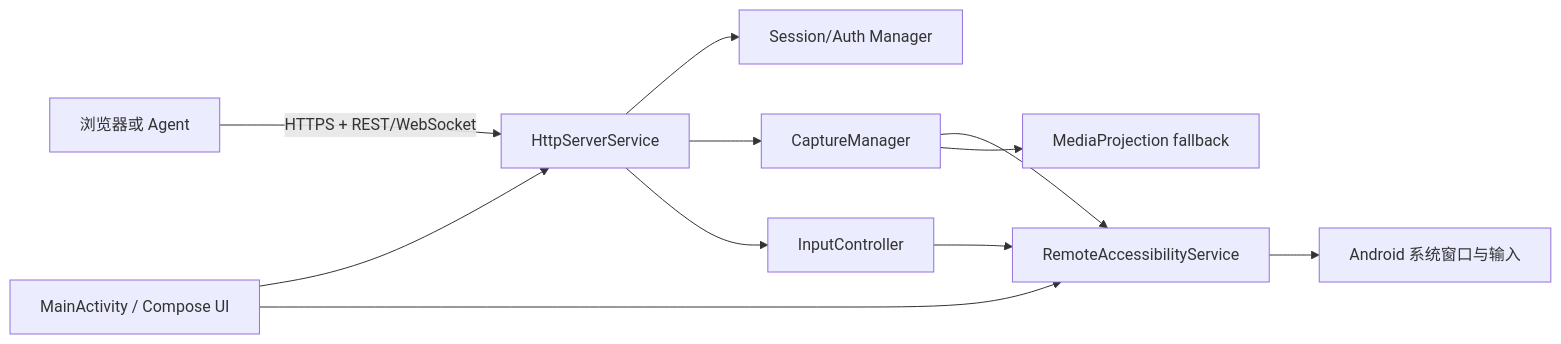
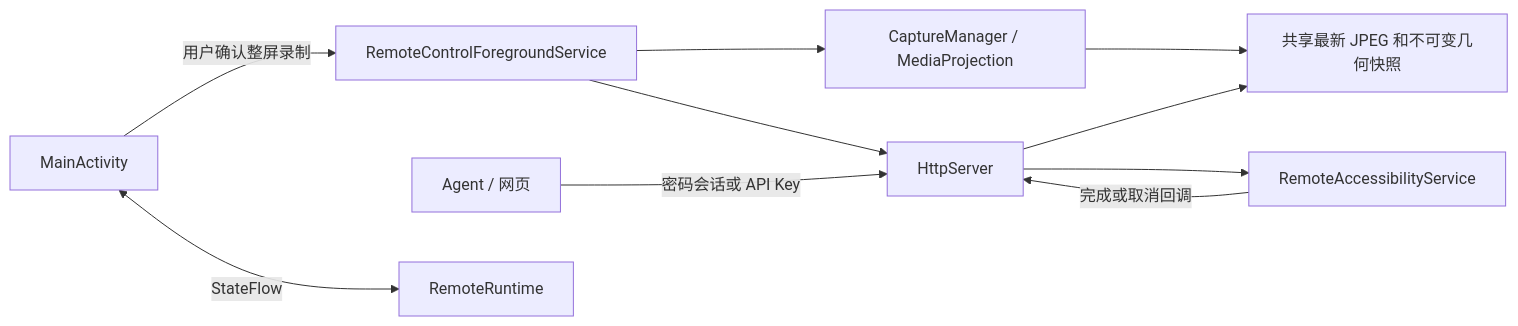
One commit to zhanglei1172/RemoteApp changed the diagram in docs/architecture.md. Above: the diagram before and after it, drawn with Mermaid. The commit also changed other lines of this file and 23 other files, not shown here.

````diff
--- a/docs/architecture.md
+++ b/docs/architecture.md
@@ -30,13 +13,12 @@
 ```mermaid
 flowchart LR
-    B[浏览器或 Agent] -->|HTTPS + REST/WebSocket| H[HttpServerService]
-    H --> S[Session/Auth Manager]
-    H --> C[CaptureManager]
-    H --> I[InputController]
-    C --> A[RemoteAccessibilityService]
-    C --> M[MediaProjection fallback]
-    I --> A
-    A --> OS[Android 系统窗口与输入]
-    APP[MainActivity / Compose UI] --> H
-    APP --> A
+    UI[MainActivity] -->|用户确认整屏录制| F[RemoteControlForegroundService]
+    F --> C[CaptureManager / MediaProjection]
+    C --> J[共享最新 JPEG 和不可变几何快照]
+    H[HttpServer] --> J
+    A[Agent / 网页] -->|密码会话或 API Key| H
+    H --> I[RemoteAccessibilityService]
+    I -->|完成或取消回调| H
+    F --> H
+    UI <-->|StateFlow| R[RemoteRuntime]
 ```
````
